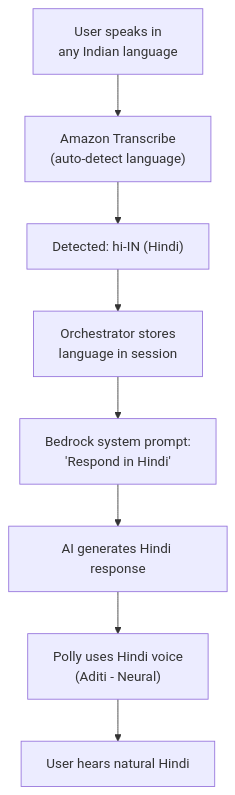
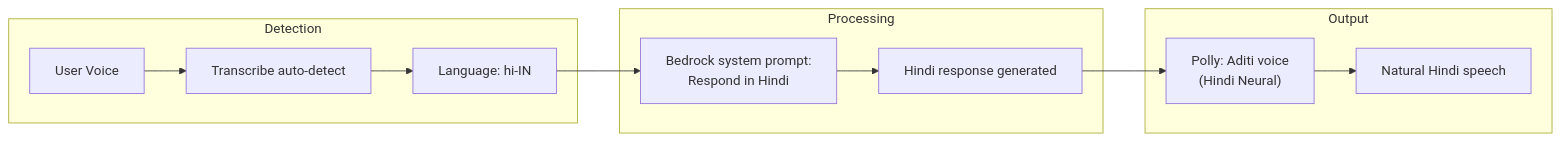
The eighth of 10 diagrams in README.md (piyush-lingwal/BharatVani), drawn with Mermaid before and after one commit. The commit also changed other lines of this file, not shown here.

````diff
--- a/README.md
+++ b/README.md
@@ -421,10 +378,17 @@
 ```mermaid
-graph TD
-    A["User speaks in<br/>any Indian language"] --> B["Amazon Transcribe<br/>(auto-detect language)"]
-    B --> C["Detected: hi-IN (Hindi)"]
-    C --> D["Orchestrator stores<br/>language in session"]
-    D --> E["Bedrock system prompt:<br/>'Respond in Hindi'"]
-    E --> F["AI generates Hindi response"]
-    F --> G["Polly uses Hindi voice<br/>(Aditi - Neural)"]
-    G --> H["User hears natural Hindi"]
+graph LR
+    subgraph "Detection"
+        A["User Voice"] --> B["Transcribe auto-detect"]
+        B --> C["Language: hi-IN"]
+    end
+    
+    subgraph "Processing"
+        C --> D["Bedrock system prompt:<br/>Respond in Hindi"]
+        D --> E["Hindi response generated"]
+    end
+    
+    subgraph "Output"
+        E --> F["Polly: Aditi voice<br/>(Hindi Neural)"]
+        F --> G["Natural Hindi speech"]
+    end
 ```
````
